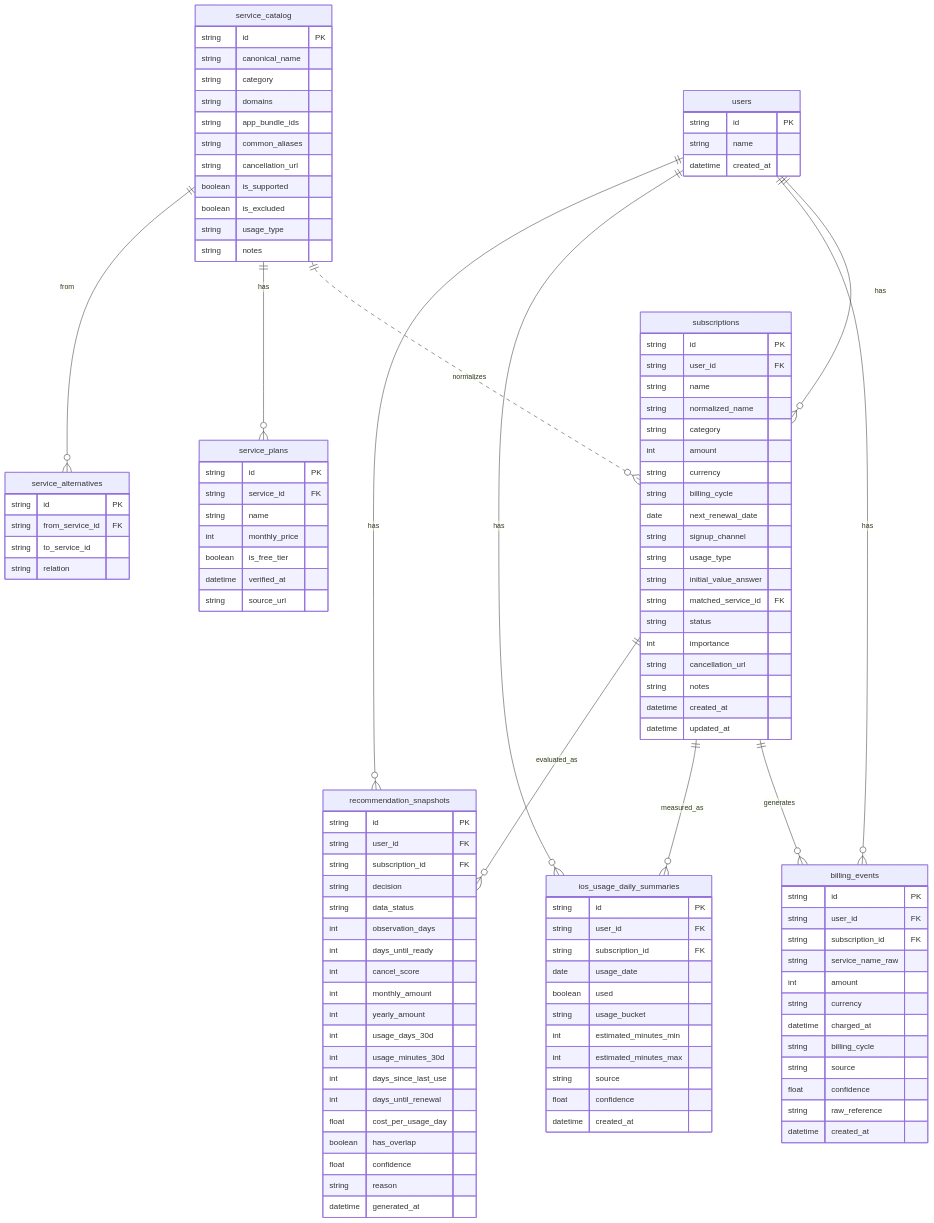
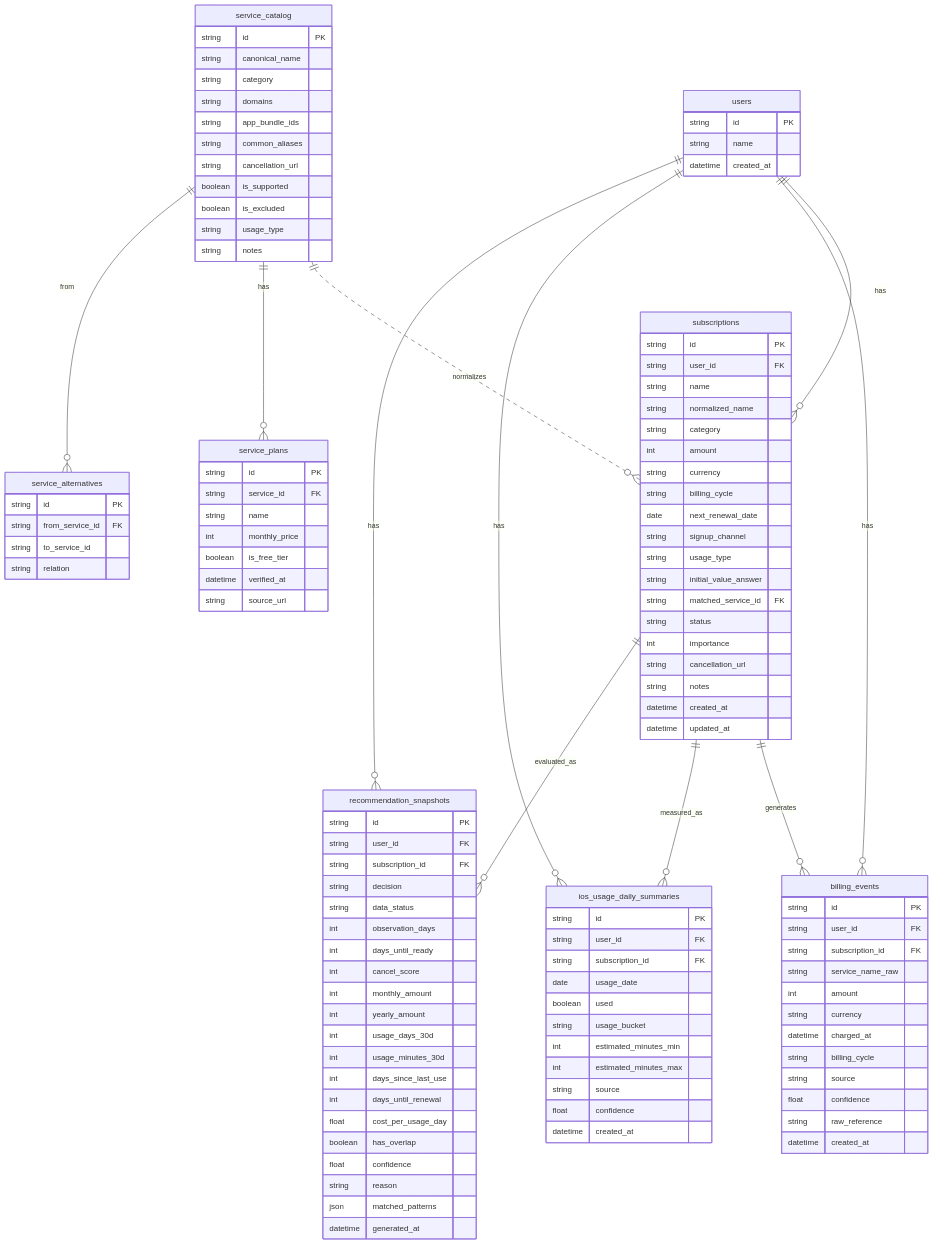
One commit to Shintaro-Abe/SubBuddy changed the third of 7 diagrams in docs/functional-design.md. Above: the diagram before and after it, drawn with Mermaid. The commit also changed other lines of this file and 10 other files, not shown here.

First line of the commit message:
feat(scoring): 判定根拠(matchedPatterns)をスナップショットに保存し詳細画面に表示

```diff
--- a/docs/functional-design.md
+++ b/docs/functional-design.md
@@ -197,6 +197,7 @@
     boolean has_overlap
     float confidence
     string reason
+    json matched_patterns
     datetime generated_at
   }
   service_catalog {
```
